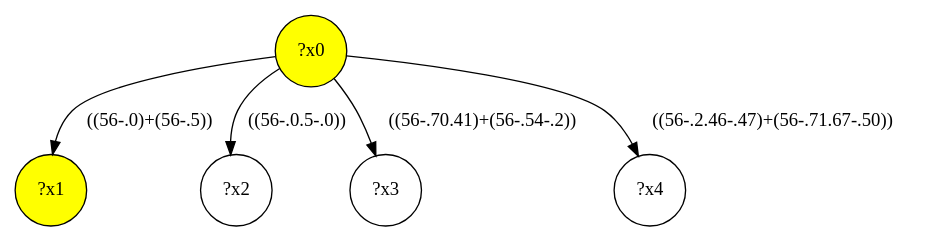
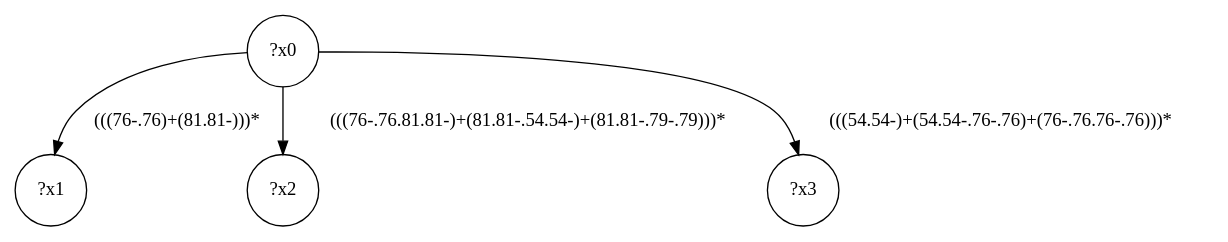
The diagram in demo/shop/shop-interface/query-3.dot (gbagan/gmark), drawn with Graphviz before and after one commit. The commit also changed 708 other files, not shown here.

```diff
--- a/demo/shop/shop-interface/query-3.dot
+++ b/demo/shop/shop-interface/query-3.dot
@@ -1,11 +1,9 @@
 digraph g {
-	x0 [fillcolor="yellow", style="filled," shape=circle, label="?x0"];
-	x1 [fillcolor="yellow", style="filled," shape=circle, label="?x1"];
-	x0 -> x1 [label="((56-.0)+(56-.5))"];
+	x0 [shape=circle, label="?x0"];
+	x1 [shape=circle, label="?x1"];
+	x0 -> x1 [label="(((76-.76)+(81.81-)))*"];
 	x2 [shape=circle, label="?x2"];
-	x0 -> x2 [label="((56-.0.5-.0))"];
+	x0 -> x2 [label="(((76-.76.81.81-)+(81.81-.54.54-)+(81.81-.79-.79)))*"];
 	x3 [shape=circle, label="?x3"];
-	x0 -> x3 [label="((56-.70.41)+(56-.54-.2))"];
-	x4 [shape=circle, label="?x4"];
-	x0 -> x4 [label="((56-.2.46-.47)+(56-.71.67-.50))"];
+	x0 -> x3 [label="(((54.54-)+(54.54-.76-.76)+(76-.76.76-.76)))*"];
 }
```
